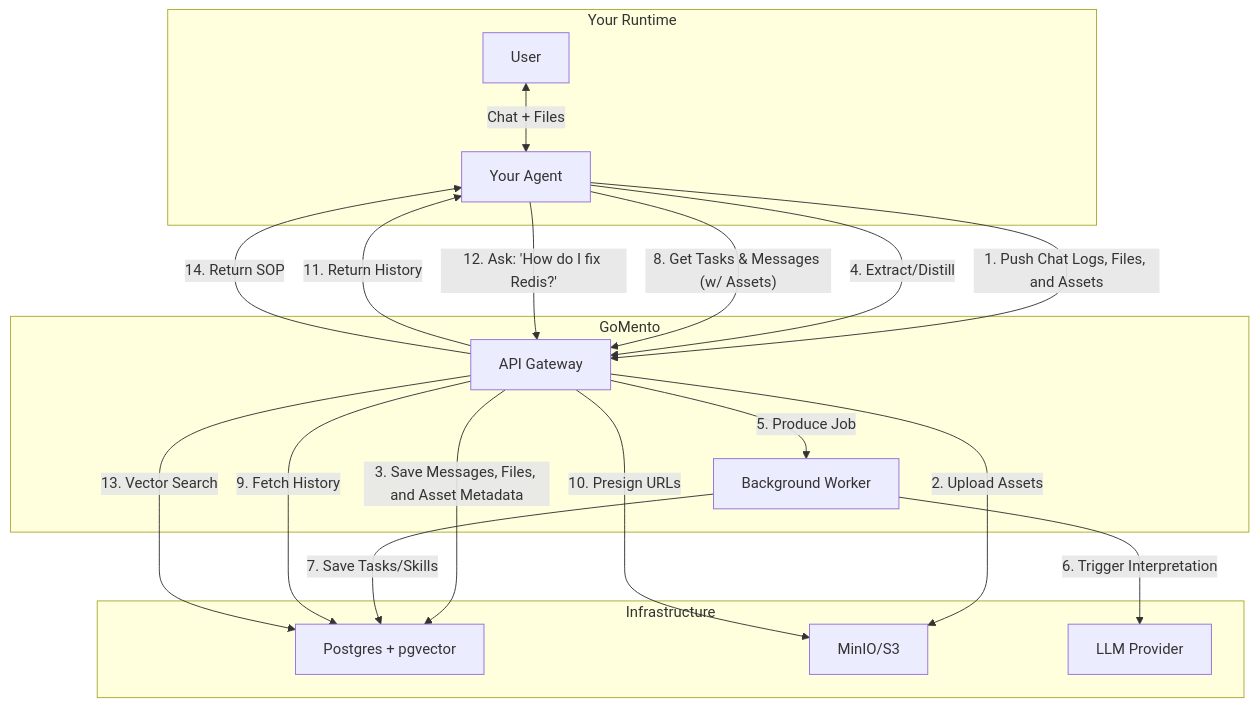
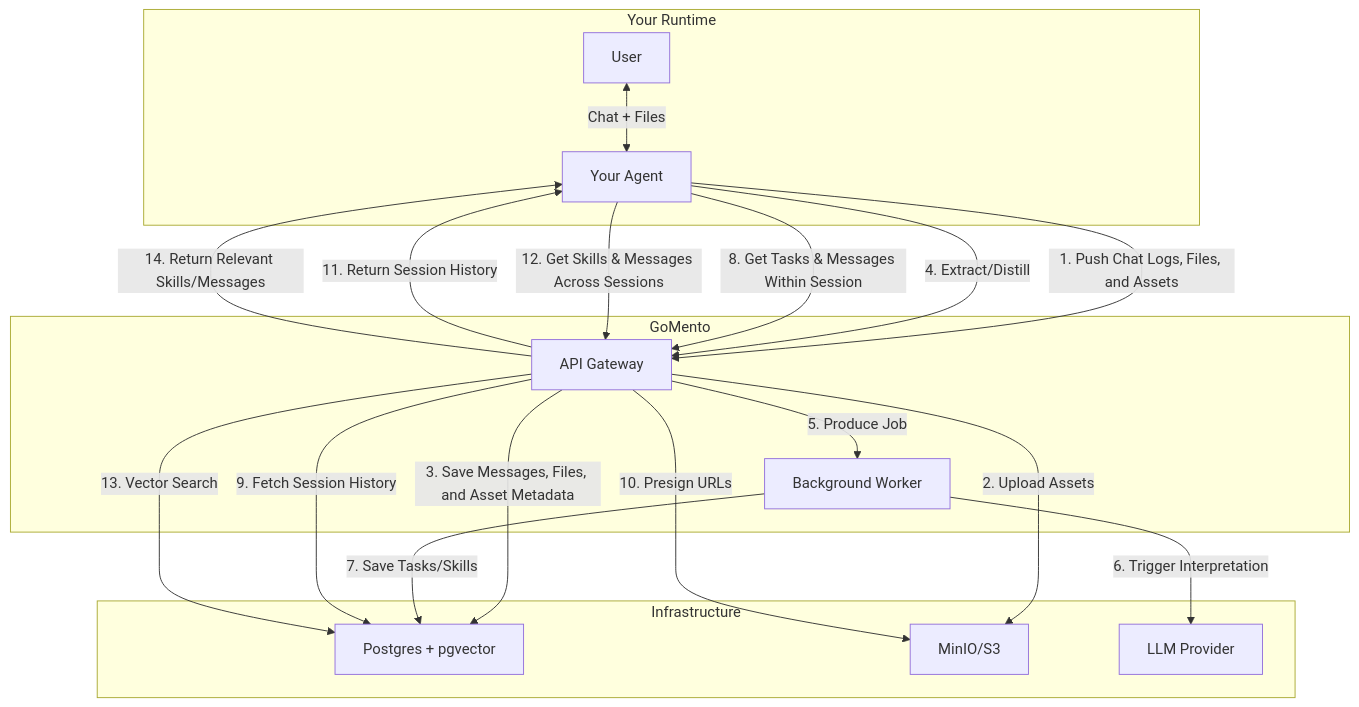
The first of 2 diagrams in README.md (w-h-a/gomento), drawn with Mermaid before and after one commit. The commit also changed other lines of this file, not shown here.

````diff
--- a/README.md
+++ b/README.md
@@ -23,39 +23,39 @@
 ```mermaid
 graph TD
     subgraph "Your Runtime"
         User[User] <-->|Chat + Files| Agent[Your Agent]
     end
 
     subgraph "GoMento"
         API[API Gateway]
         Worker[Background Worker]
     end
 
     subgraph "Infrastructure"
         Postgres[Postgres + pgvector]
         MinIO[MinIO/S3]
         LLM[LLM Provider]
     end
 
     %% Flow 1: Storing Context
     Agent -- "1. Push Chat Logs, Files, and Assets" --> API
     API -- "2. Upload Assets" --> MinIO
     API -- "3. Save Messages, Files, and Asset Metadata" --> Postgres
     
     %% Flow 2: Interpretation
     Agent -- "4. Extract/Distill" --> API
     API -- "5. Produce Job" --> Worker
     Worker -- "6. Trigger Interpretation" --> LLM
     Worker -- "7. Save Tasks/Skills" --> Postgres
 
-    %% Flow 3: Retrieval (Current Session History)
-    Agent -- "8. Get Tasks & Messages (w/ Assets)" --> API
-    API -- "9. Fetch History" --> Postgres
+    %% Flow 3: Retrieval (Within a Session)
+    Agent -- "8. Get Tasks & Messages Within Session" --> API
+    API -- "9. Fetch Session History" --> Postgres
     API -- "10. Presign URLs" --> MinIO
-    API -- "11. Return History" --> Agent
+    API -- "11. Return Session History" --> Agent
 
-    %% Flow 4: Retrieval (Skills)
-    Agent -- "12. Ask: 'How do I fix Redis?'" --> API
+    %% Flow 4: Retrieval (Across Sessions)
+    Agent -- "12. Get Skills & Messages Across Sessions" --> API
     API -- "13. Vector Search" --> Postgres
-    API -- "14. Return SOP" --> Agent
+    API -- "14. Return Relevant Skills/Messages" --> Agent
 ```
````
